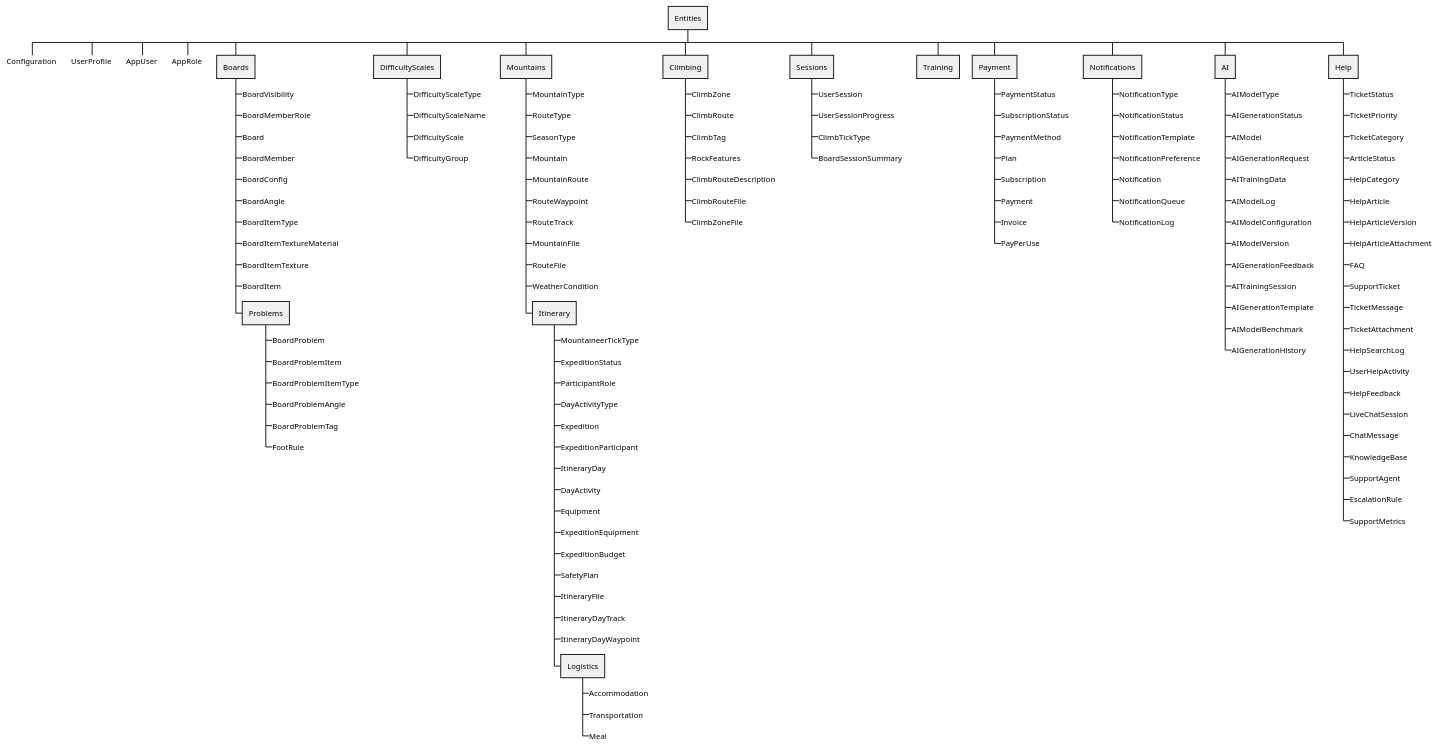
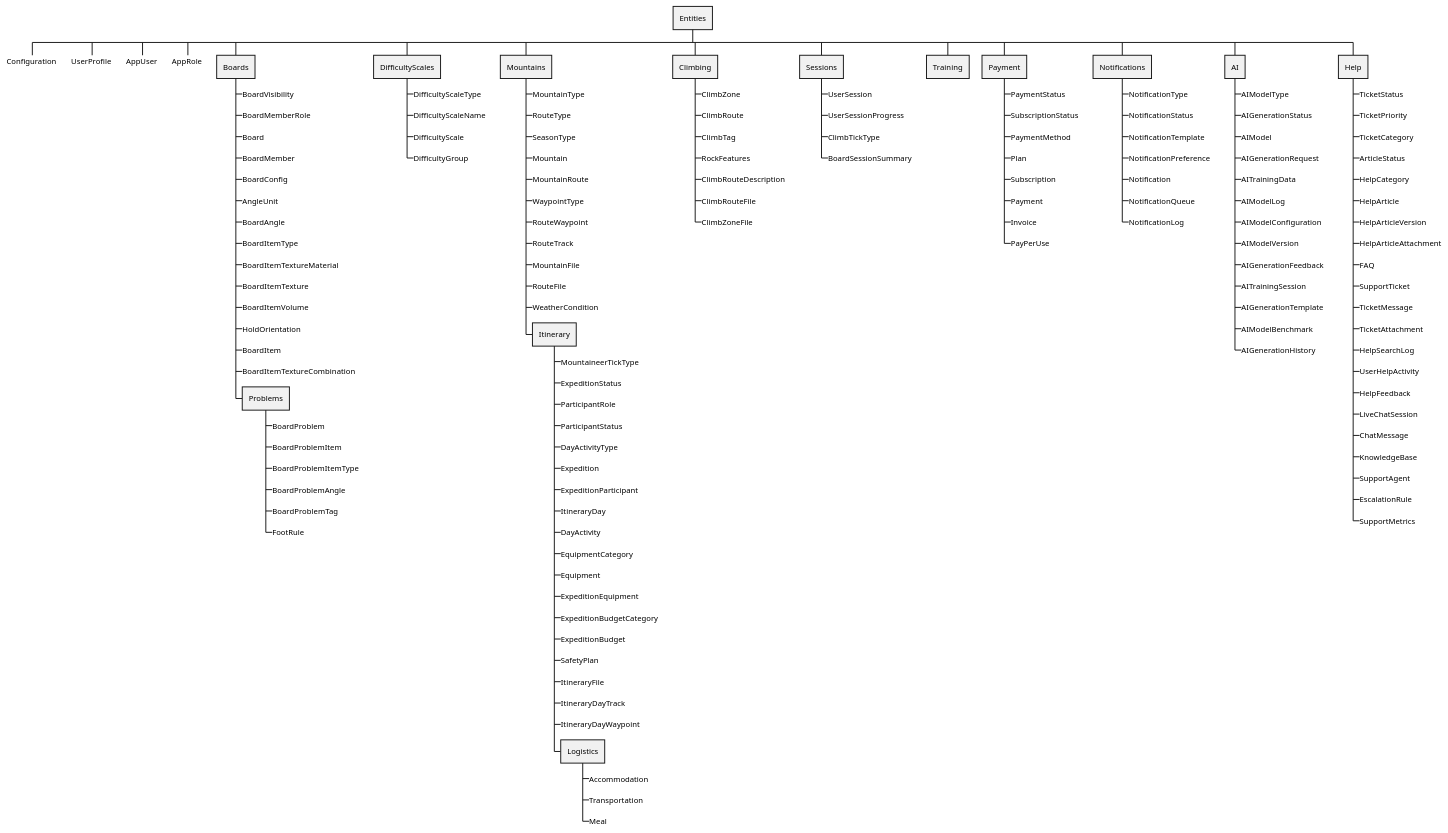
One commit to julyoc/ClimbEdge changed the diagram in Docs/Diagrams/Package.puml. Above: the diagram before and after it, drawn with PlantUML. The commit also changed 1 other file, not shown here.

```diff
--- a/Docs/Diagrams/Package.puml
+++ b/Docs/Diagrams/Package.puml
@@ -1,130 +1,138 @@
 @startwbs Packages Diagram
 
 * Entities
 **_> Configuration
 **_> UserProfile
 **_> AppUser
 **_> AppRole
 ** Boards
 ***_> BoardVisibility <<enum>>
 ***_> BoardMemberRole <<enum>>
 ***_> Board
 ***_> BoardMember
 ***_> BoardConfig
+***_> AngleUnit <<enum>>
 ***_> BoardAngle
 ***_> BoardItemType
 ***_> BoardItemTextureMaterial
 ***_> BoardItemTexture
+***_> BoardItemVolume
+***_> HoldOrientation <<enum>>
 ***_> BoardItem
+***_> BoardItemTextureCombination
 *** Problems
 ****_> BoardProblem
 ****_> BoardProblemItem
 ****_> BoardProblemItemType
 ****_> BoardProblemAngle
 ****_> BoardProblemTag
 ****_> FootRule
 ** DifficultyScales
 ***_> DifficultyScaleType
 ***_> DifficultyScaleName
 ***_> DifficultyScale
 ***_> DifficultyGroup
 ** Mountains
 ***_> MountainType <<enum>>
 ***_> RouteType <<enum>>
 ***_> SeasonType <<enum>>
 ***_> Mountain
 ***_> MountainRoute
+***_> WaypointType
 ***_> RouteWaypoint
 ***_> RouteTrack
 ***_> MountainFile
 ***_> RouteFile
 ***_> WeatherCondition
 *** Itinerary
 ****_> MountaineerTickType <<enum>>
 ****_> ExpeditionStatus <<enum>>
 ****_> ParticipantRole <<enum>>
+****_> ParticipantStatus <<enum>>
 ****_> DayActivityType <<enum>>
 ****_> Expedition
 ****_> ExpeditionParticipant
 ****_> ItineraryDay
 ****_> DayActivity
+****_> EquipmentCategory
 ****_> Equipment
 ****_> ExpeditionEquipment
+****_> ExpeditionBudgetCategory
 ****_> ExpeditionBudget
 ****_> SafetyPlan
 ****_> ItineraryFile
 ****_> ItineraryDayTrack
 ****_> ItineraryDayWaypoint
 **** Logistics
 *****_> Accommodation
 *****_> Transportation
 *****_> Meal
 ** Climbing
 ***_> ClimbZone
 ***_> ClimbRoute
 ***_> ClimbTag
 ***_> RockFeatures
 ***_> ClimbRouteDescription
 ***_> ClimbRouteFile
 ***_> ClimbZoneFile
 ** Sessions
 ***_> UserSession
 ***_> UserSessionProgress
 ***_> ClimbTickType <<enum>>
 ***_> BoardSessionSummary
 ** Training
 ** Payment
 ***_> PaymentStatus <<enum>>
 ***_> SubscriptionStatus <<enum>>
 ***_> PaymentMethod
 ***_> Plan
 ***_> Subscription
 ***_> Payment
 ***_> Invoice
 ***_> PayPerUse
 ** Notifications
 ***_> NotificationType <<enum>>
 ***_> NotificationStatus <<enum>>
 ***_> NotificationTemplate
 ***_> NotificationPreference
 ***_> Notification
 ***_> NotificationQueue
 ***_> NotificationLog
 ** AI
 ***_> AIModelType <<enum>>
 ***_> AIGenerationStatus <<enum>>
 ***_> AIModel
 ***_> AIGenerationRequest
 ***_> AITrainingData
 ***_> AIModelLog
 ***_> AIModelConfiguration
 ***_> AIModelVersion
 ***_> AIGenerationFeedback
 ***_> AITrainingSession
 ***_> AIGenerationTemplate
 ***_> AIModelBenchmark
 ***_> AIGenerationHistory
 ** Help
 ***_> TicketStatus <<enum>>
 ***_> TicketPriority <<enum>>
 ***_> TicketCategory <<enum>>
 ***_> ArticleStatus <<enum>>
 ***_> HelpCategory
 ***_> HelpArticle
 ***_> HelpArticleVersion
 ***_> HelpArticleAttachment
 ***_> FAQ
 ***_> SupportTicket
 ***_> TicketMessage
 ***_> TicketAttachment
 ***_> HelpSearchLog
 ***_> UserHelpActivity
 ***_> HelpFeedback
 ***_> LiveChatSession
 ***_> ChatMessage
 ***_> KnowledgeBase
 ***_> SupportAgent
 ***_> EscalationRule
 ***_> SupportMetrics
 
 @endwbs
```
